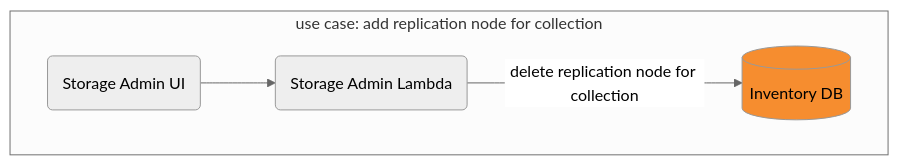
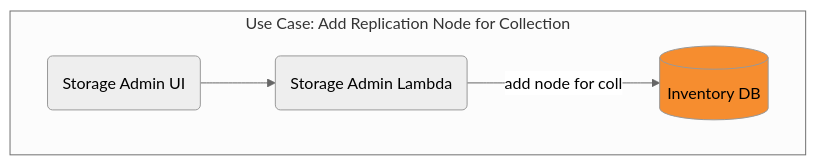
Before and after one commit to CDLUC3/mrt-doc: the diagram in diagrams/store-admin-add-node.mmd, drawn with Mermaid. The commit also changed 9 other files, not shown here.

Commit message:
refine store admin diagrams

```diff
--- a/diagrams/store-admin-add-node.mmd
+++ b/diagrams/store-admin-add-node.mmd
@@ -1,12 +1,12 @@
 %%{init: {'theme': 'neutral', 'securityLevel': 'loose'}}%%
 graph TD
   SAUI("Storage Admin UI")
   SA("Storage Admin Lambda")
   RDS[(Inventory DB)]
 
-  subgraph "use case: add replication node for collection"
+  subgraph "Use Case: Add Replication Node for Collection"
     SAUI-->SA
-    SA-->|"delete replication node for collection"|RDS
+    SA-->|"add node for coll"|RDS
   end
 
   style RDS fill:#F68D2F
```
